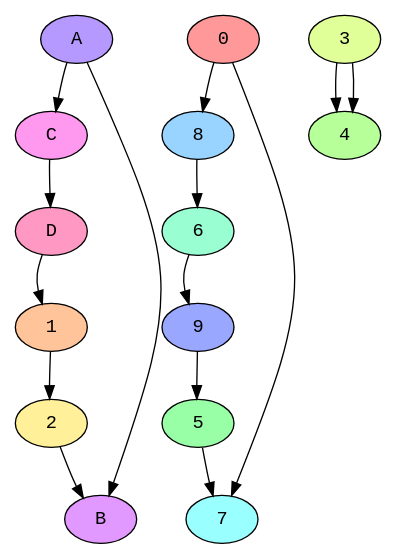
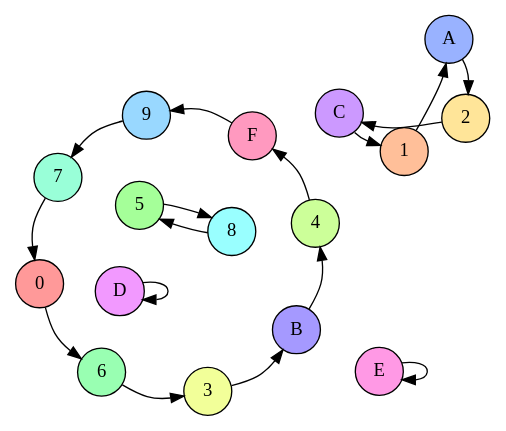
Before and after one commit to crypto101/book: the diagram in Illustrations/BlockCipher/Encryption2.dot, drawn with Graphviz. The commit also changed 3 other files, not shown here.

```diff
--- a/Illustrations/BlockCipher/Encryption2.dot
+++ b/Illustrations/BlockCipher/Encryption2.dot
@@ -1,104 +1,8 @@
-strict digraph G {
-	graph [bb="-99.737,-140.32,259.89,256.13",
-		splines=curved
-	];
-	node [label="\N"];
-	A	 [fillcolor="0.714285714286 0.4 1",
-		fontname=Courier,
-		height=0.5,
-		pos="-72.737,-36.194",
-		style=filled,
-		width=0.75];
-	C	 [fillcolor="0.857142857143 0.4 1",
-		fontname=Courier,
-		height=0.5,
-		pos="-65.73,43.799",
-		style=filled,
-		width=0.75];
-	A -> C	 [pos="e,-74.237,26.585 -77.945,-18.483 -82.268,-2.637 -82.698,5.2706 -78.174,17.381"];
-	D	 [fillcolor="0.928571428571 0.4 1",
-		fontname=Courier,
-		height=0.5,
-		pos="6.8685,78.096",
-		style=filled,
-		width=0.75];
-	C -> D	 [pos="e,-20.341,75.839 -50.798,59.477 -43.256,66.918 -37.709,71.014 -30.547,73.473"];
-	B	 [fillcolor="0.785714285714 0.4 1",
-		fontname=Courier,
-		height=0.5,
-		pos="-6.868,-82.09",
-		style=filled,
-		width=0.75];
-	B -> A	 [pos="e,-61.546,-52.864 -32.17,-75.694 -42.729,-72.376 -48.724,-68.685 -55.253,-61.066"];
-	1	 [fillcolor="0.0714285714286 0.4 1",
-		fontname=Courier,
-		height=0.5,
-		pos="72.731,32.191",
-		style=filled,
-		width=0.75];
-	D -> 1	 [pos="e,61.541,48.863 32.169,71.697 42.727,68.378 48.721,64.686 55.25,57.066"];
-	2	 [fillcolor="0.142857142857 0.4 1",
-		fontname=Courier,
-		height=0.5,
-		pos="65.736,-47.802",
-		style=filled,
-		width=0.75];
-	1 -> 2	 [pos="e,74.24,-30.59 77.941,14.48 82.266,-1.3678 82.698,-9.2756 78.175,-21.385"];
-	0	 [fillcolor="0.0 0.4 1",
-		fontname=Courier,
-		height=0.5,
-		pos="94.52,111.45",
-		style=filled,
-		width=0.75];
-	8	 [fillcolor="0.571428571429 0.4 1",
-		fontname=Courier,
-		height=0.5,
-		pos="87.198,191.42",
-		style=filled,
-		width=0.75];
-	0 -> 8	 [pos="e,82.077,173.69 85.94,128.6 79.02,143.23 77.329,150.9 79.755,163.79"];
-	3	 [fillcolor="0.214285714286 0.4 1",
-		fontname=Courier,
-		height=0.5,
-		pos="87.395,-111.68",
-		style=filled,
-		width=0.75];
-	4	 [fillcolor="0.285714285714 0.4 1",
-		fontname=Courier,
-		height=0.5,
-		pos="158.6,-122.32",
-		style=filled,
-		width=0.75];
-	3 -> 4	 [pos="e,135.8,-112.44 114.47,-109.12 118.21,-109.5 122.08,-110.01 125.9,-110.62"];
-	2 -> B	 [pos="e,20.344,-79.835 50.803,-63.478 43.261,-70.917 37.714,-75.013 30.551,-77.471"];
-	5	 [fillcolor="0.357142857143 0.4 1",
-		fontname=Courier,
-		height=0.5,
-		pos="232.89,124.54",
-		style=filled,
-		width=0.75];
-	7	 [fillcolor="0.5 0.4 1",
-		fontname=Courier,
-		height=0.5,
-		pos="167.49,77.961",
-		style=filled,
-		width=0.75];
-	5 -> 7	 [pos="e,192.97,84.691 221.95,107.89 215.01,97.859 209.96,92.456 202.39,88.526"];
-	4 -> 3	 [pos="e,110.2,-121.56 131.53,-124.88 127.79,-124.5 123.92,-123.99 120.1,-123.38"];
-	7 -> 0	 [pos="e,109.39,96.157 140.56,79.886 130.52,81.249 124.22,83.702 117.03,89.356"];
-	6	 [fillcolor="0.428571428571 0.4 1",
-		fontname=Courier,
-		height=0.5,
-		pos="152.5,238.13",
-		style=filled,
-		width=0.75];
-	9	 [fillcolor="0.642857142857 0.4 1",
-		fontname=Courier,
-		height=0.5,
-		pos="225.41,204.5",
-		style=filled,
-		width=0.75];
-	6 -> 9	 [pos="e,210.55,219.83 179.4,236.16 189.42,234.78 195.72,232.32 202.9,226.65"];
-	9 -> 5	 [pos="e,237.97,142.26 234.02,187.34 240.97,172.71 242.68,165.03 240.28,152.16"];
-	8 -> 6	 [pos="e,127.04,231.35 98.11,208.1 105.03,218.14 110.07,223.56 117.63,227.5"];
+
+digraph G {
+    graph [splines=curved; layout=neato; start=5; epsilon=0.001];
+    node [style=filled, shape=circle];
+    edge [];
+    0 [fillcolor="0.0 0.4 1"]; 1 [fillcolor="0.0625 0.4 1"]; 2 [fillcolor="0.125 0.4 1"]; 3 [fillcolor="0.1875 0.4 1"]; 4 [fillcolor="0.25 0.4 1"]; 5 [fillcolor="0.3125 0.4 1"]; 6 [fillcolor="0.375 0.4 1"]; 7 [fillcolor="0.4375 0.4 1"]; 8 [fillcolor="0.5 0.4 1"]; 9 [fillcolor="0.5625 0.4 1"]; A [fillcolor="0.625 0.4 1"]; B [fillcolor="0.6875 0.4 1"]; C [fillcolor="0.75 0.4 1"]; D [fillcolor="0.8125 0.4 1"]; E [fillcolor="0.875 0.4 1"]; F [fillcolor="0.9375 0.4 1"];
+    7 -> 0; C -> 1; A -> 2; 6 -> 3; B -> 4; 8 -> 5; 0 -> 6; 9 -> 7; 5 -> 8; F -> 9; 1 -> A; 3 -> B; 2 -> C; D -> D; E -> E; 4 -> F;
 }
```
